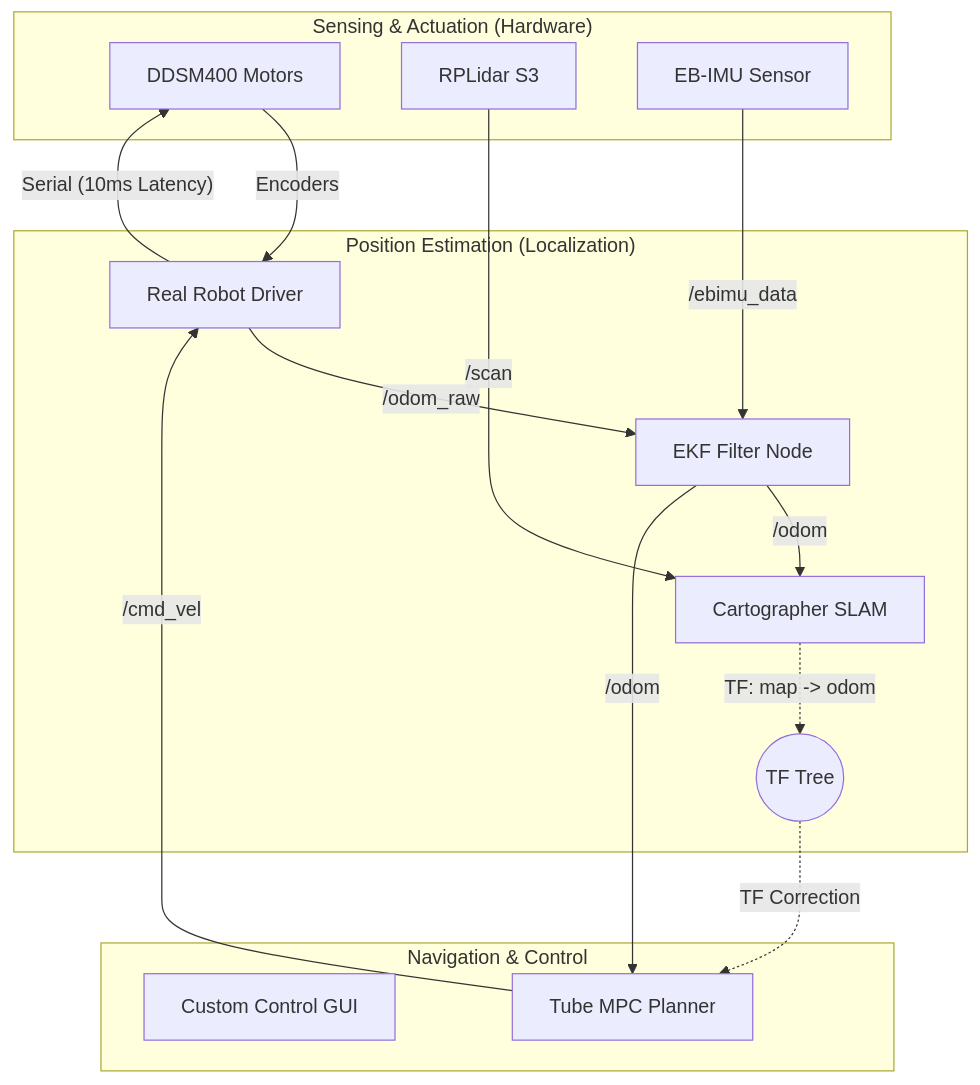
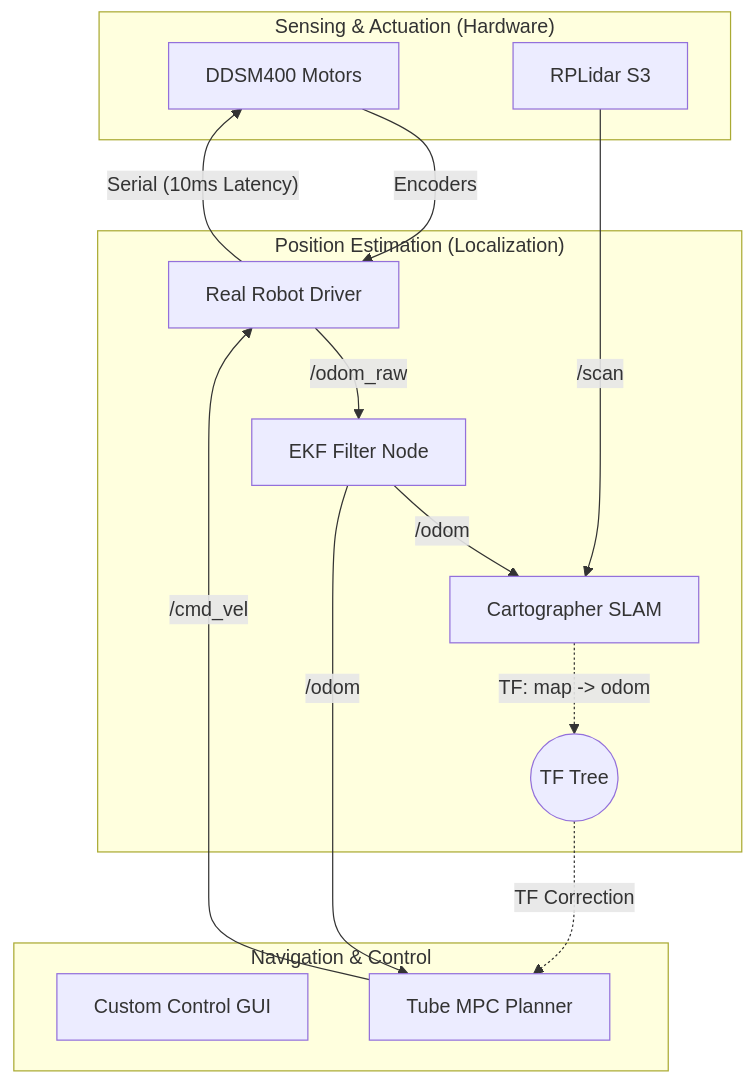
The diagram in README.md (jungguck/mobile_robot_proto_type), drawn with Mermaid before and after one commit. The commit also changed other lines of this file and 12 other files, not shown here.

````diff
--- a/README.md
+++ b/README.md
@@ -32,33 +52,31 @@
 ```mermaid
 graph TD
     subgraph "Sensing & Actuation (Hardware)"
         Motor[DDSM400 Motors]
         Lidar[RPLidar S3]
-        IMU[EB-IMU Sensor]
     end
 
     subgraph "Position Estimation (Localization)"
         Driver[Real Robot Driver]
         EKF[EKF Filter Node]
         SLAM[Cartographer SLAM]
 
         Motor -->|Encoders| Driver
         Driver -->|"/odom_raw"| EKF
-        IMU -->|"/ebimu_data"| EKF
 
         Lidar -->|"/scan"| SLAM
         EKF -->|"/odom"| SLAM
 
         SLAM -.->|"TF: map -> odom"| Global_Tree((TF Tree))
     end
 
     subgraph "Navigation & Control"
         GUI[Custom Control GUI]
         MPC[Tube MPC Planner]
 
         EKF -->|"/odom"| MPC
         Global_Tree -.->|"TF Correction"| MPC
         MPC -->|"/cmd_vel"| Driver
         Driver -->|"Serial (10ms Latency)"| Motor
     end
 ```
````
